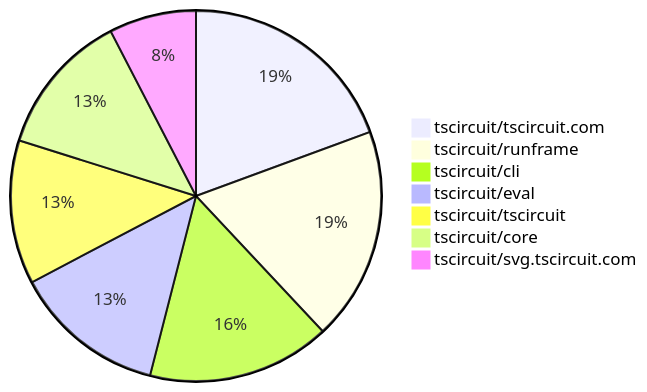
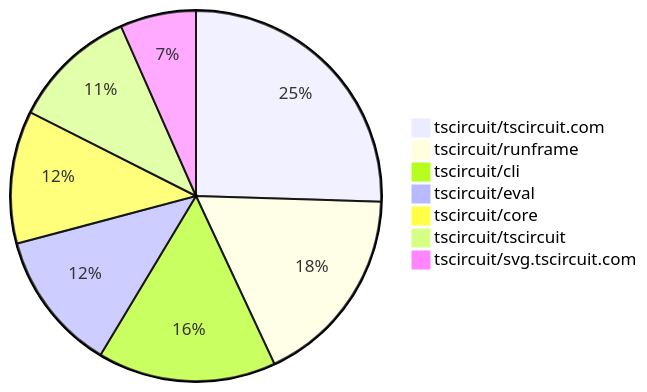
The second of 2 diagrams in README.md (tscircuit/contribution-tracker), drawn with Mermaid before and after one commit. The commit also changed other lines of this file and 3 other files, not shown here.

````diff
--- a/README.md
+++ b/README.md
@@ -128,10 +138,10 @@
 ```mermaid
 pie
-    "tscircuit/tscircuit.com" : 51
-    "tscircuit/runframe" : 49
-    "tscircuit/cli" : 42
-    "tscircuit/eval" : 35
+    "tscircuit/tscircuit.com" : 77
+    "tscircuit/runframe" : 53
+    "tscircuit/cli" : 47
+    "tscircuit/eval" : 37
+    "tscircuit/core" : 35
     "tscircuit/tscircuit" : 33
-    "tscircuit/core" : 33
     "tscircuit/svg.tscircuit.com" : 20
 ```
````
